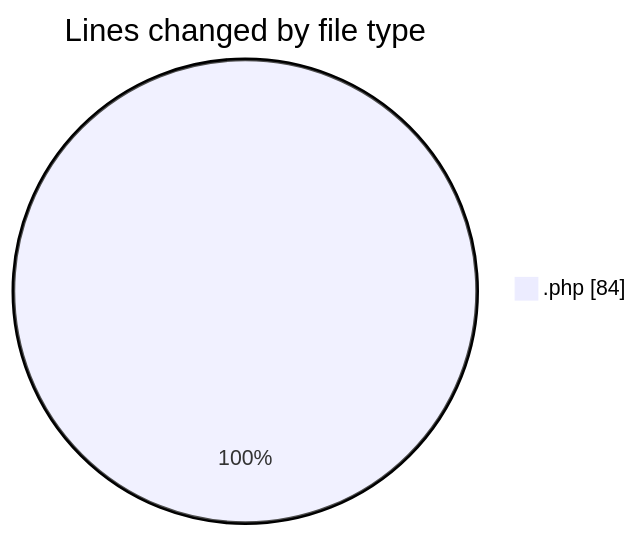
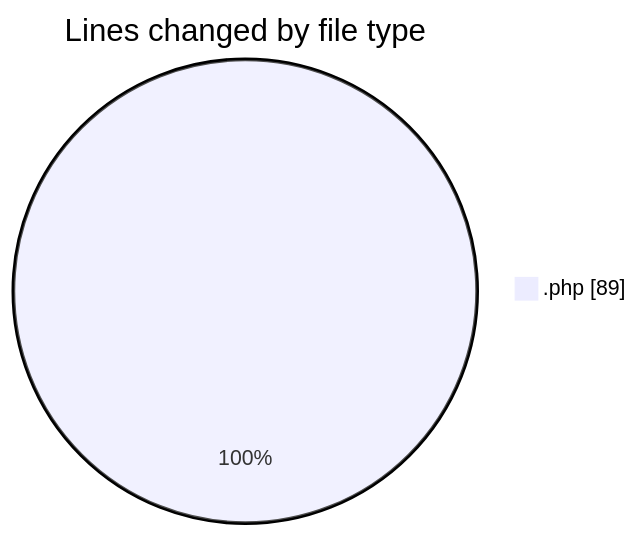
Before and after one commit to LanceThiago/code-tracking: the first of 2 diagrams in 2025-04-14/web/README.md, drawn with Mermaid. The commit also changed other lines of this file and 1 other file, not shown here.

````diff
--- a/2025-04-14/web/README.md
+++ b/2025-04-14/web/README.md
@@ -21,5 +21,5 @@
 ```mermaid
 pie showData
 title Lines changed by file type
-".php" : 84
+".php" : 89
 ```
````
